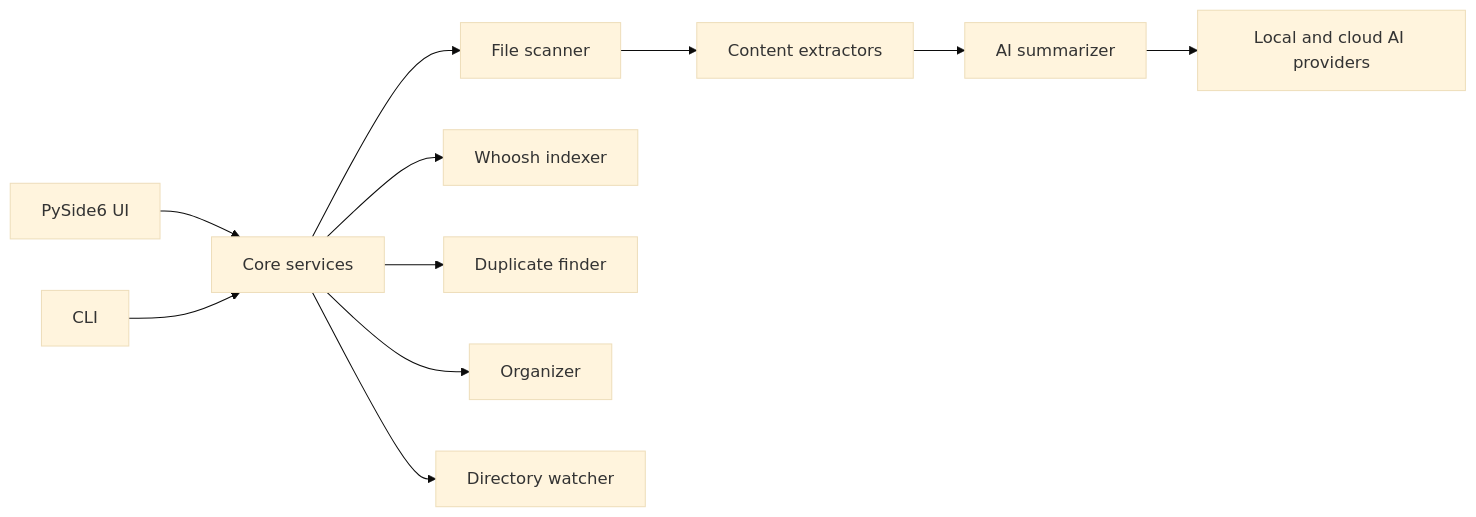
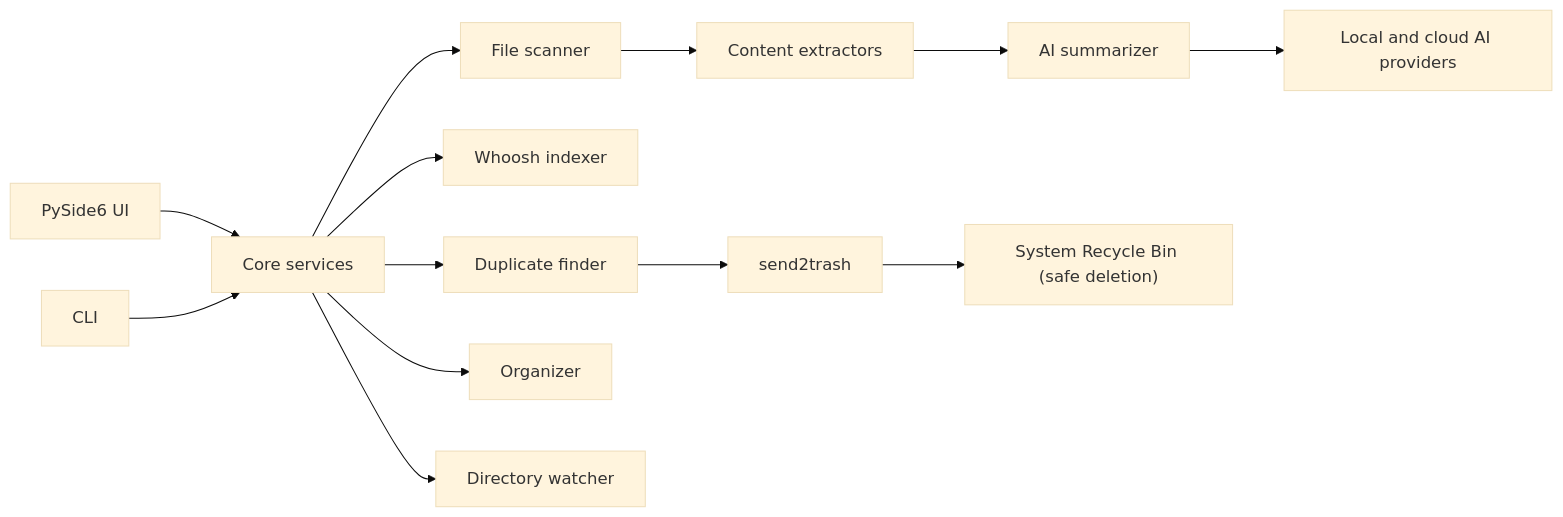
The diagram in README.md (cuiheng511/filepilot-ai), drawn with Mermaid (base theme) before and after one commit. The commit also changed other lines of this file and 17 other files, not shown here.

````diff
--- a/README.md
+++ b/README.md
@@ -223,13 +223,15 @@
 ```mermaid
 flowchart LR
     UI["PySide6 UI"] --> Core["Core services"]
     CLI["CLI"] --> Core
     Core --> Scanner["File scanner"]
     Core --> Indexer["Whoosh indexer"]
     Core --> Duplicates["Duplicate finder"]
     Core --> Organizer["Organizer"]
     Core --> Watcher["Directory watcher"]
     Scanner --> Extractors["Content extractors"]
     Extractors --> Summarizer["AI summarizer"]
     Summarizer --> Providers["Local and cloud AI providers"]
+    Duplicates --> send2trash["send2trash"]
+    send2trash --> RecycleBin["System Recycle Bin (safe deletion)"]
 ```
````
